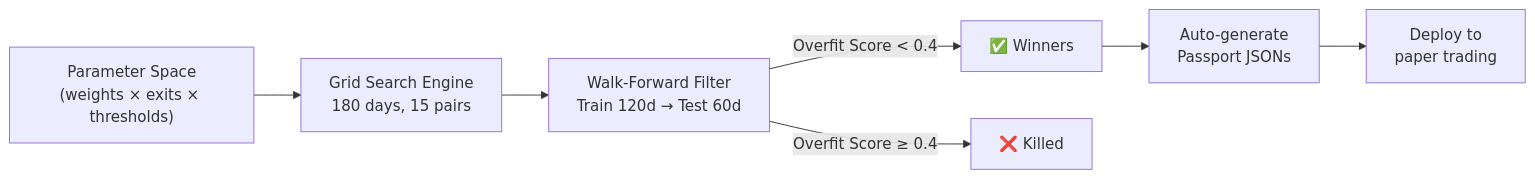
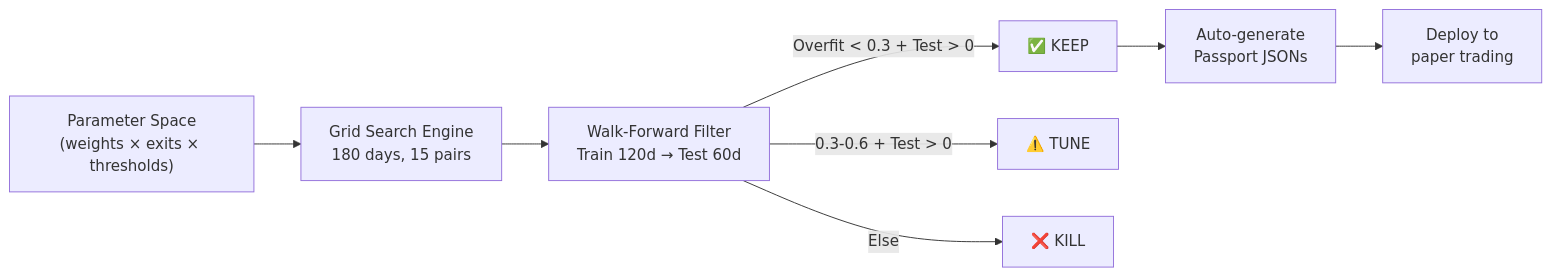
The diagram in docs/implementation_plan_risetbaru.md (vforvaick/trade-radar), drawn with Mermaid before and after one commit. The commit also changed other lines of this file and 58 other files, not shown here.

````diff
--- a/docs/implementation_plan_risetbaru.md
+++ b/docs/implementation_plan_risetbaru.md
@@ -12,9 +12,10 @@
 ```mermaid
 graph LR
     A["Parameter Space<br/>(weights × exits × thresholds)"] --> B["Grid Search Engine<br/>180 days, 15 pairs"]
     B --> C["Walk-Forward Filter<br/>Train 120d → Test 60d"]
-    C -->|Overfit Score < 0.4| D["✅ Winners"]
-    C -->|Overfit Score ≥ 0.4| E["❌ Killed"]
-    D --> F["Auto-generate<br/>Passport JSONs"]
-    F --> G["Deploy to<br/>paper trading"]
+    C -->|Overfit < 0.3 + Test > 0| D["✅ KEEP"]
+    C -->|0.3-0.6 + Test > 0| E["⚠️ TUNE"]
+    C -->|Else| K["❌ KILL"]
+D --> F["Auto-generate<br/>Passport JSONs"]
+F --> G["Deploy to<br/>paper trading"]
 ```
````
